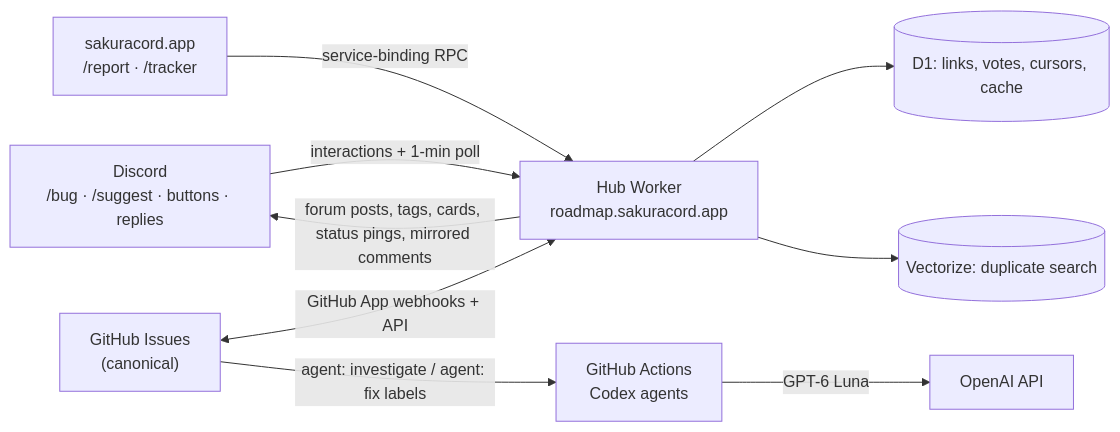
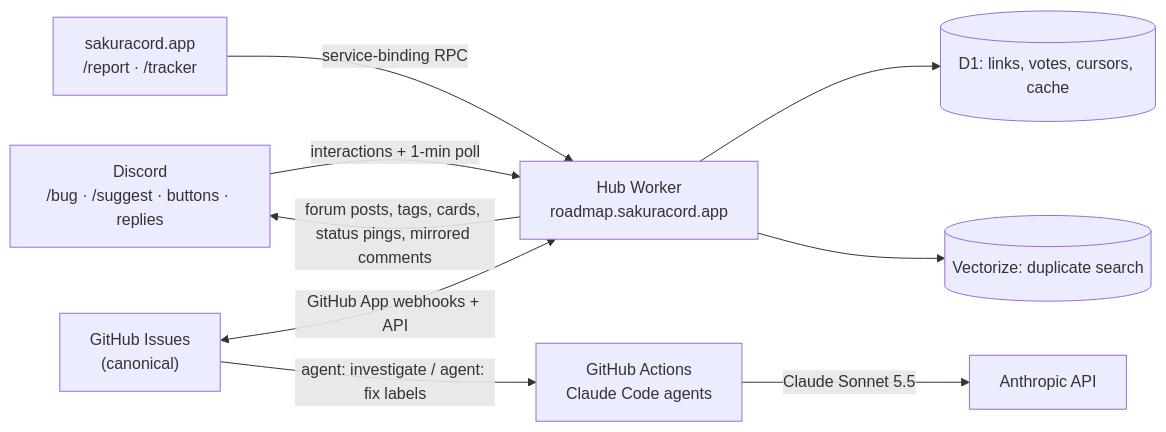
The diagram in README.md (SakuraCordApp/Roadmap), drawn with Mermaid before and after one commit. The commit also changed other lines of this file, not shown here.

Commit message:
Document Claude Code agents

````diff
--- a/README.md
+++ b/README.md
@@ -12,11 +12,11 @@
 ```mermaid
 flowchart LR
   D["Discord<br/>/bug · /suggest · buttons · replies"] -->|interactions + 1-min poll| H["Hub Worker<br/>roadmap.sakuracord.app"]
   W["sakuracord.app<br/>/report · /tracker"] -->|service-binding RPC| H
   G["GitHub Issues<br/>(canonical)"] <-->|GitHub App webhooks + API| H
   H -->|forum posts, tags, cards, status pings, mirrored comments| D
   H --> DB[("D1: links, votes, cursors, cache")]
   H --> V[("Vectorize: duplicate search")]
-  G -->|agent: investigate / agent: fix labels| A["GitHub Actions<br/>Codex agents"]
-  A -->|GPT-6 Luna| O["OpenAI API"]
+  G -->|agent: investigate / agent: fix labels| A["GitHub Actions<br/>Claude Code agents"]
+  A -->|Claude Sonnet 5.5| O["Anthropic API"]
 ```
````
